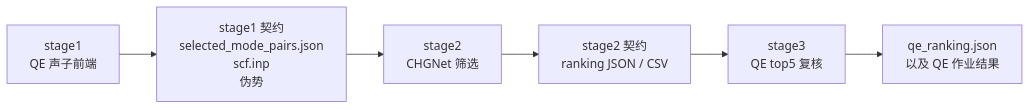
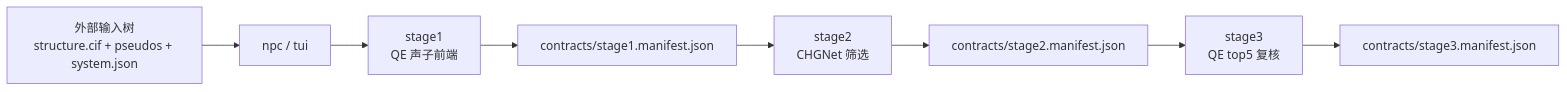
The diagram in README_zh.md (sakuralmt/Nonlinear-Phonon-Calculation), drawn with Mermaid before and after one commit. The commit also changed other lines of this file and 92 other files, not shown here.

````diff
--- a/README_zh.md
+++ b/README_zh.md
@@ -126,8 +167,10 @@
 ```mermaid
 flowchart LR
-    A["stage1\nQE 声子前端"] --> B["stage1 契约\nselected_mode_pairs.json\nscf.inp\n伪势"]
-    B --> C["stage2\nCHGNet 筛选"]
-    C --> D["stage2 契约\nranking JSON / CSV"]
-    D --> E["stage3\nQE top5 复核"]
-    E --> F["qe_ranking.json\n以及 QE 作业结果"]
+    A["外部输入树\nstructure.cif + pseudos + system.json"] --> B["npc / tui"]
+    B --> C["stage1\nQE 声子前端"]
+    C --> D["contracts/stage1.manifest.json"]
+    D --> E["stage2\nCHGNet 筛选"]
+    E --> F["contracts/stage2.manifest.json"]
+    F --> G["stage3\nQE top5 复核"]
+    G --> H["contracts/stage3.manifest.json"]
 ```
````
